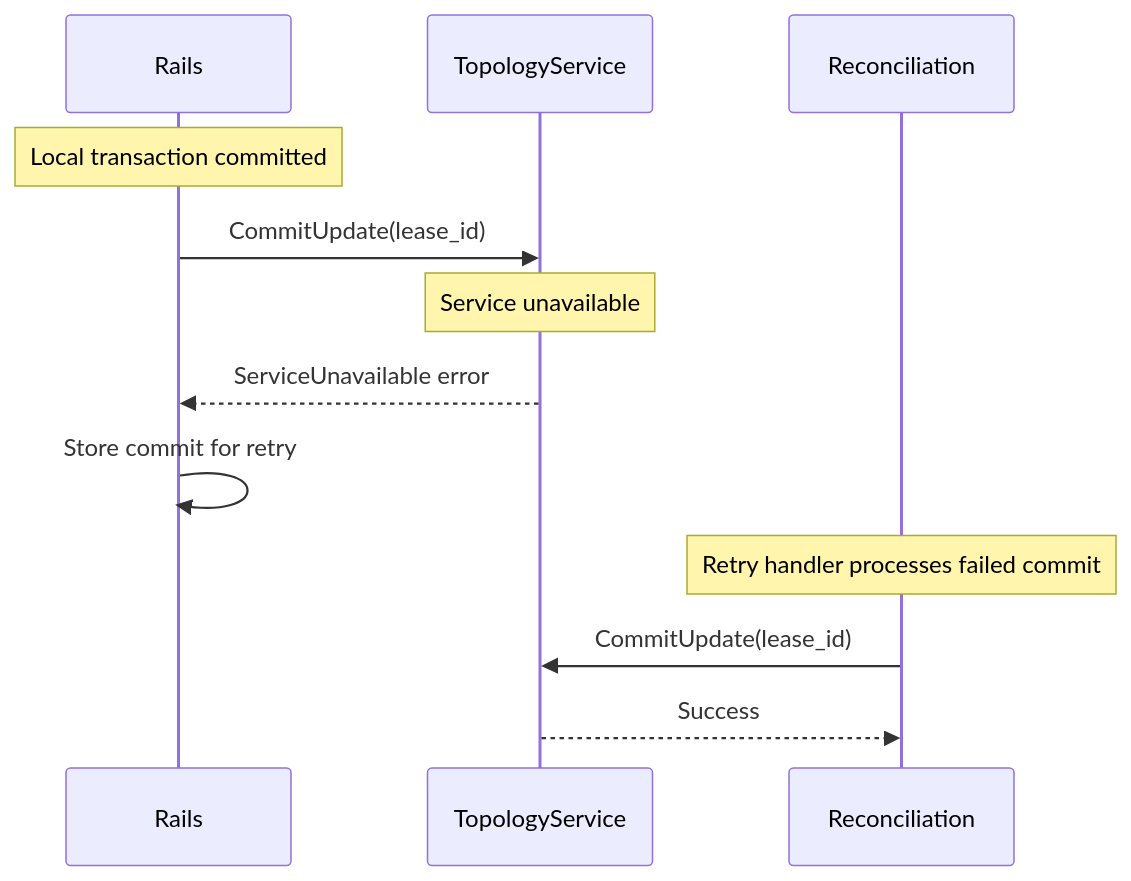
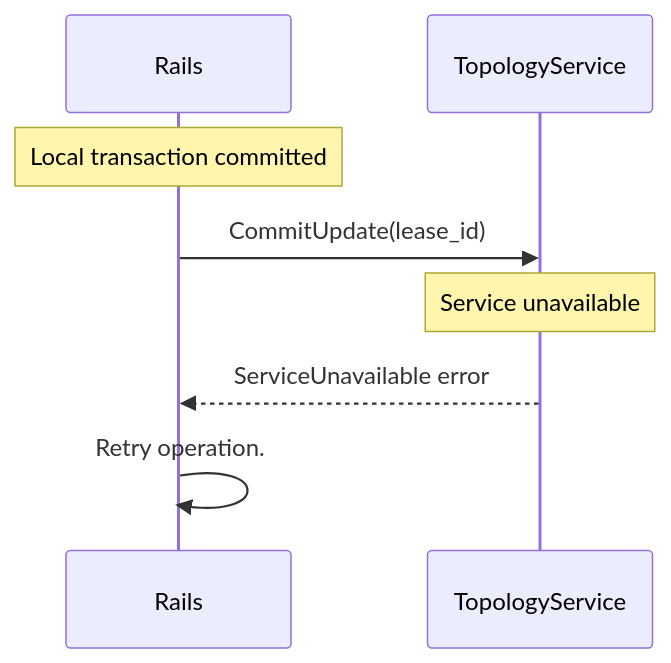
The ninth of 10 diagrams in content/handbook/engineering/architecture/design-documents/cells/topology_service_transactional_behavior.md (zalyoung/gitlab-handbook), drawn with Mermaid before and after one commit. The commit also changed other lines of this file, not shown here.

````diff
--- a/content/handbook/engineering/architecture/design-documents/cells/topology_service_transactional_behavior.md
+++ b/content/handbook/engineering/architecture/design-documents/cells/topology_service_transactional_behavior.md
@@ -1021,16 +1002,11 @@
 ```mermaid
 sequenceDiagram
     participant Rails
     participant TopologyService
-    participant Reconciliation
     
     Note over Rails: Local transaction committed
     Rails->>TopologyService: CommitUpdate(lease_id)
     Note over TopologyService: Service unavailable
     TopologyService-->>Rails: ServiceUnavailable error
-    Rails->>Rails: Store commit for retry
-    
-    Note over Reconciliation: Retry handler processes failed commit
-    Reconciliation->>TopologyService: CommitUpdate(lease_id)
-    TopologyService-->>Reconciliation: Success
+    Rails->>Rails: Retry operation.
 ```
````
